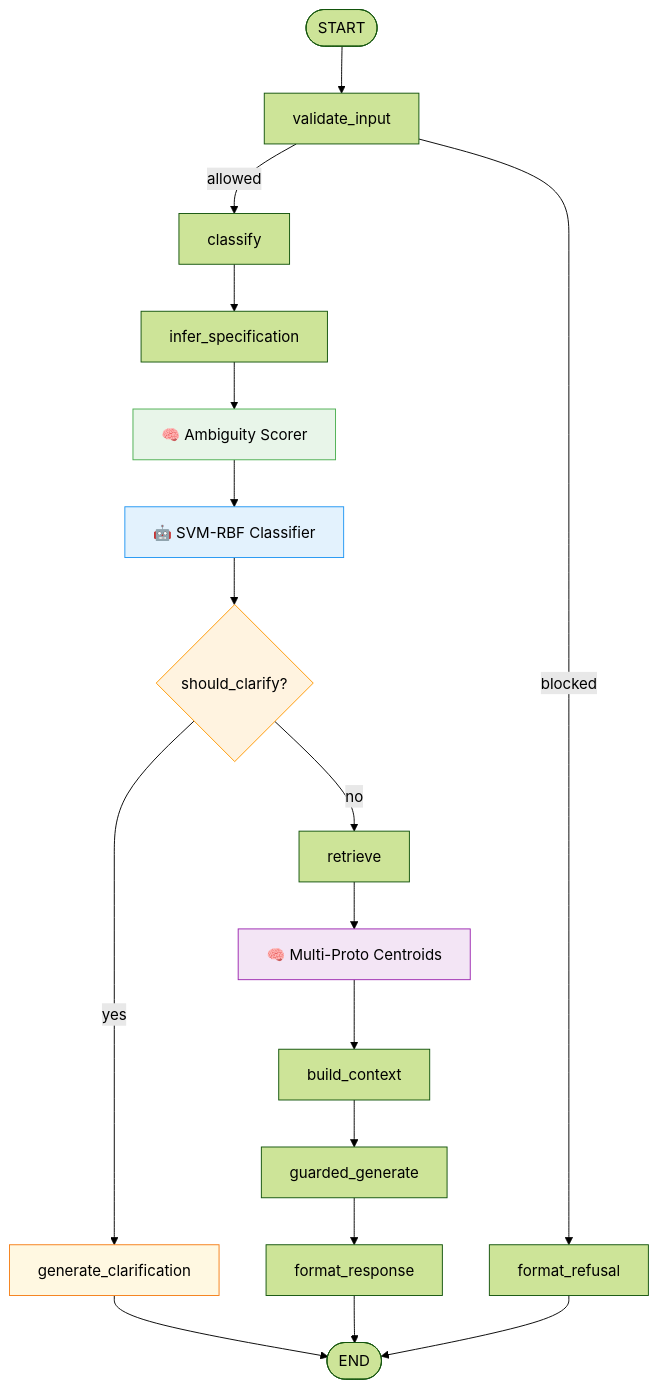
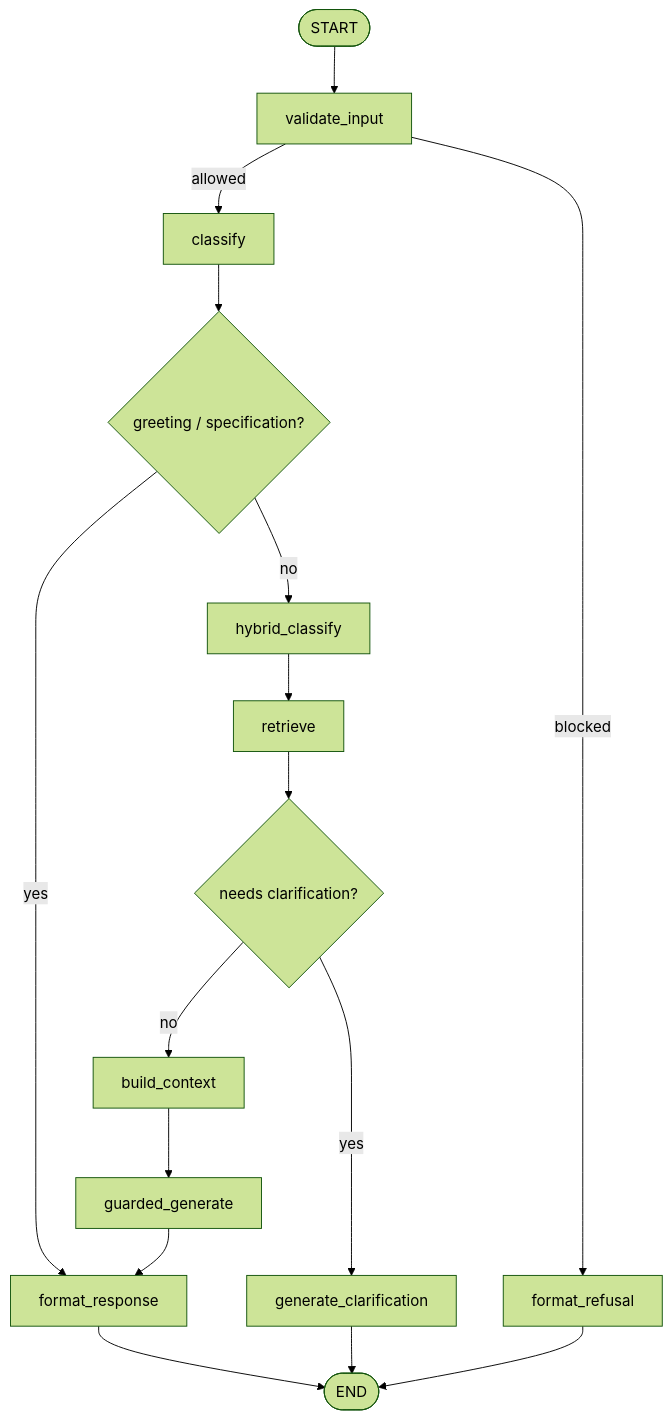
Before and after one commit to AliNikkhah2001/Work_Credit-RAG_Phase1: the fourth of 9 diagrams in README.md, drawn with Mermaid (forest theme).

Commit message:
docs: fix orchestrator graph diagram to match graph.py (hybrid_classify, format_refusal->END)

````diff
--- a/README.md
+++ b/README.md
@@ -421,25 +421,18 @@
 ```mermaid
 flowchart TD
     START([START]) --> VI[validate_input]
-    VI -->|blocked| FR[format_refusal]
+    VI -->|blocked| REF[format_refusal]
     VI -->|allowed| CL[classify]
-    CL --> INF[infer_specification]
-    INF --> AMB[🧠 Ambiguity Scorer]
-    AMB --> SVM[🤖 SVM-RBF Classifier]
-    SVM --> SC{should_clarify?}
+    CL --> R{greeting / specification?}
+    R -->|yes| FR[format_response]
+    FR --> END([END])
+    R -->|no| HC[hybrid_classify]
+    HC --> RET[retrieve]
+    RET --> SC{needs clarification?}
     SC -->|yes| GC[generate_clarification]
-    GC --> END([END])
-    SC -->|no| RET[retrieve]
-    RET --> PROTO[🧠 Multi-Proto Centroids]
-    PROTO --> BC[build_context]
+    GC --> END
+    SC -->|no| BC[build_context]
     BC --> GG[guarded_generate]
-    GG --> FRMT[format_response]
-    FRMT --> END
-    FR --> END
-
-    style SC fill:#fff3e0,stroke:#ff9800
-    style GC fill:#fff8e1,stroke:#f57f17
-    style AMB fill:#e8f5e9,stroke:#4caf50
-    style SVM fill:#e3f2fd,stroke:#2196f3
-    style PROTO fill:#f3e5f5,stroke:#9c27b0
+    GG --> FR
+    REF --> END
 ```
````
